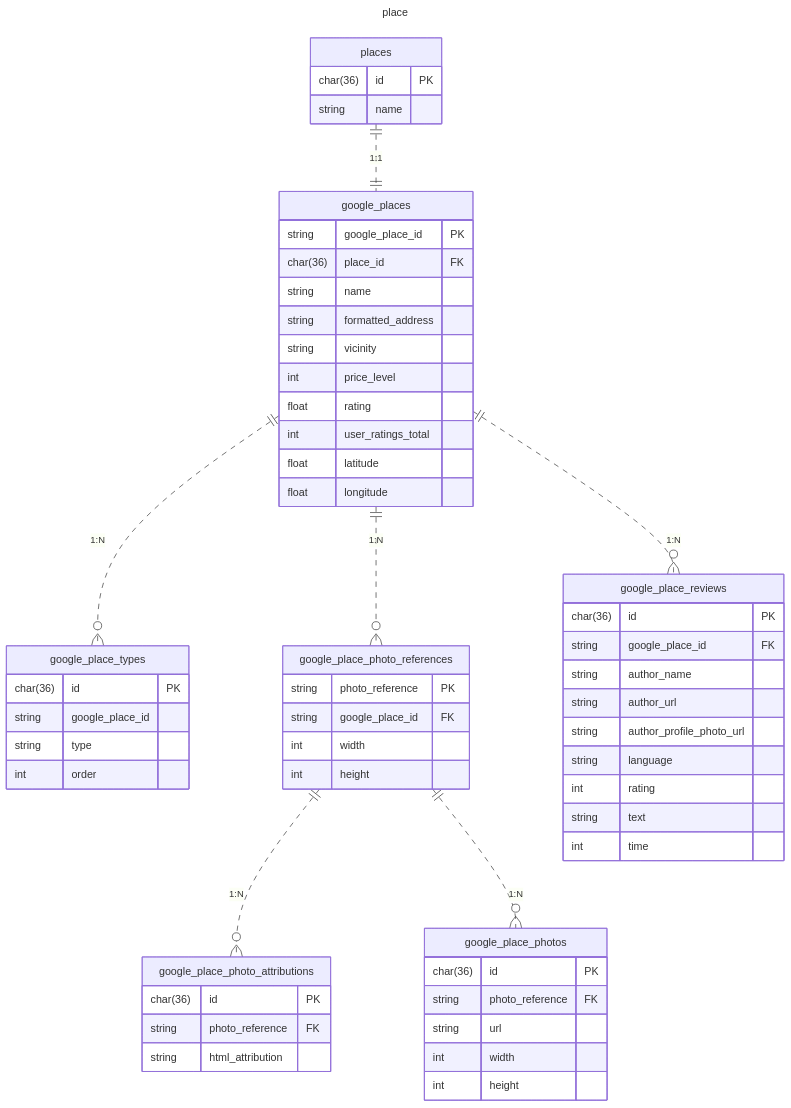
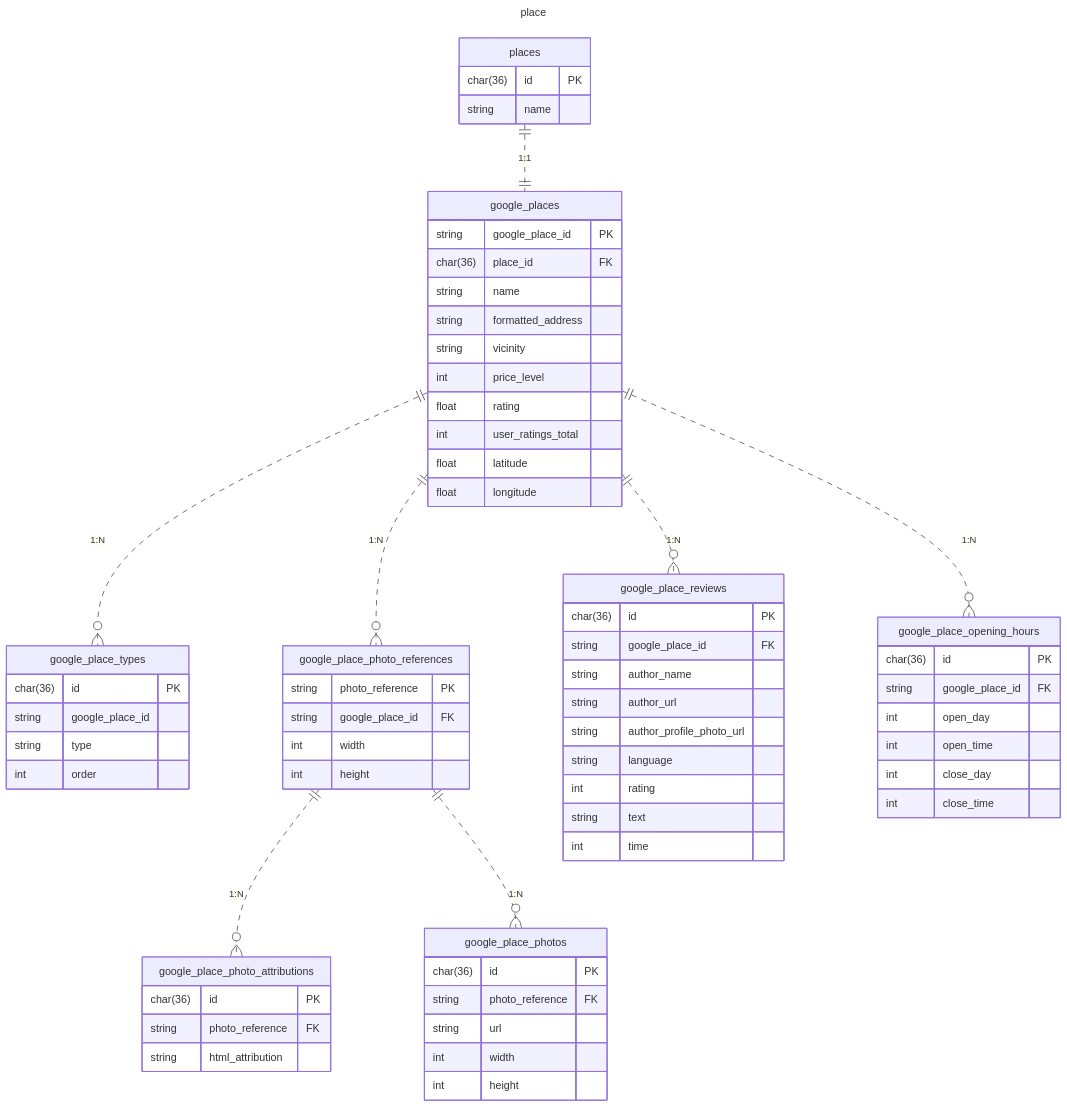
The second of 2 diagrams in doc/database/er.md (poroto-app/planner), drawn with Mermaid before and after one commit. The commit also changed 1 other file, not shown here.

Commit message:
feat(db): opening_hoursテーブルを追加

````diff
--- a/doc/database/er.md
+++ b/doc/database/er.md
@@ -19,70 +19,80 @@
 ```mermaid
 ---
 title: place
 ---
 erDiagram
     places {
         char(36) id PK
         string name
     }
 
     google_places {
         string google_place_id PK
         char(36) place_id FK
         string name
         string formatted_address
         string vicinity
         int price_level
         float rating
         int user_ratings_total
         float latitude
         float longitude
     }
 
     google_place_types {
         char(36) id PK
         string google_place_id
         string type
         int order
     }
 
     google_place_photo_references {
         string photo_reference PK
         string google_place_id FK
         int width
         int height
     }
 
     google_place_photos {
         char(36) id PK
         string photo_reference FK
         string url
         int width
         int height
     }
 
     google_place_photo_attributions {
         char(36) id PK
         string photo_reference FK
         string html_attribution
     }
 
     google_place_reviews {
         char(36) id PK
         string google_place_id FK
         string author_name
         string author_url
         string author_profile_photo_url
         string language
         int rating
         string text
         int time
     }
 
+    google_place_opening_hours {
+        char(36) id PK
+        string google_place_id FK
+        int open_day
+        int open_time
+        int close_day
+        int close_time
+    }
+
     places ||..|| google_places: "1:1"
     google_places ||..o{ google_place_types: "1:N"
     google_places ||..o{ google_place_photo_references: "1:N"
+    google_places ||..o{ google_place_opening_hours: "1:N"
     google_place_photo_references ||..o{ google_place_photo_attributions: "1:N"
     google_place_photo_references ||..o{ google_place_photos: "1:N"
     google_places ||..o{ google_place_reviews: "1:N"
 ```
````
